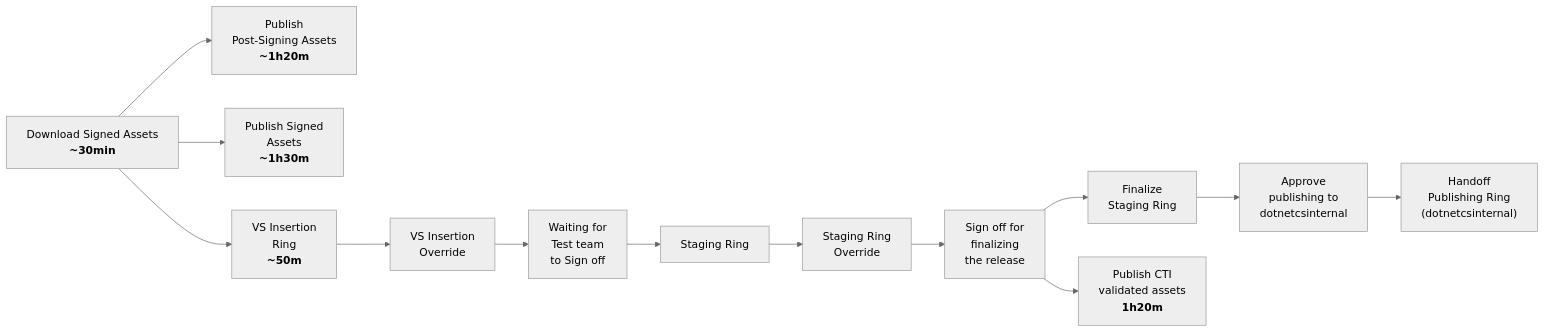
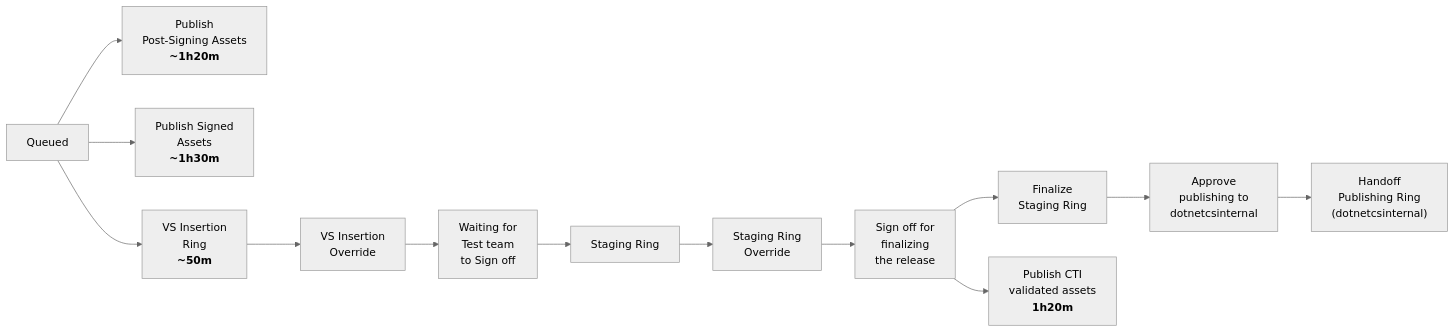
Before and after one commit to dotnet/arcade: the fourth of 4 diagrams in Documentation/TeamProcess/One-Pagers/retrying-stages-staging-pipeline.md, drawn with Mermaid (neutral theme). The commit also changed other lines of this file, not shown here.

````diff
--- a/Documentation/TeamProcess/One-Pagers/retrying-stages-staging-pipeline.md
+++ b/Documentation/TeamProcess/One-Pagers/retrying-stages-staging-pipeline.md
@@ -136,15 +133,15 @@
 ```mermaid
 flowchart LR;
-  downloadAssets["Download Signed Assets \n <b>~30min</b>"] --> publishing_v3_signed["Publish \n Post-Signing Assets \n <b>~1h20m</b>"]
-  downloadAssets --> post_signing_publishing["Publish Signed \n Assets \n <b>~1h30m</b>"]
-  downloadAssets --> vs_insertion["VS Insertion \n Ring \n <b>~50m</b>"]
+  start["Queued \n"] --> publishing_v3_signed["Publish \n Post-Signing Assets \n <b>~1h20m</b>"]
+  start --> post_signing_publishing["Publish Signed \n Assets \n <b>~1h30m</b>"]
+  start --> vs_insertion["VS Insertion \n Ring \n <b>~50m</b>"]
   vs_insertion --> vs_insertion_override["VS Insertion \n Override \n <b></b>"]
   vs_insertion_override --> test_team_sign_off["Waiting for \n Test team \n to Sign off \n <b></b>"]
   test_team_sign_off --> staging_ring["Staging Ring \n <b></b>"]
   staging_ring --> staging_ring_override["Staging Ring \n Override \n <b></b>"]
   staging_ring_override --> sign_off_for_finalizing_release["Sign off for \nfinalizing \n the release \n <b></b>"]
   sign_off_for_finalizing_release --> finalize_staging_ring["Finalize \n Staging Ring \n <b></b>"]
   sign_off_for_finalizing_release --> publish_cit_validated_assets["Publish CTI \n validated assets \n <b>1h20m</b>"]
   finalize_staging_ring --> approve_publishing_dotnetcs_internal["Approve \n publishing to \n dotnetcsinternal \n <b></b>"]
   approve_publishing_dotnetcs_internal --> handoff_publishing_ring["Handoff \n Publishing Ring \n (dotnetcsinternal) \n <b></b>"]
 ```
````
